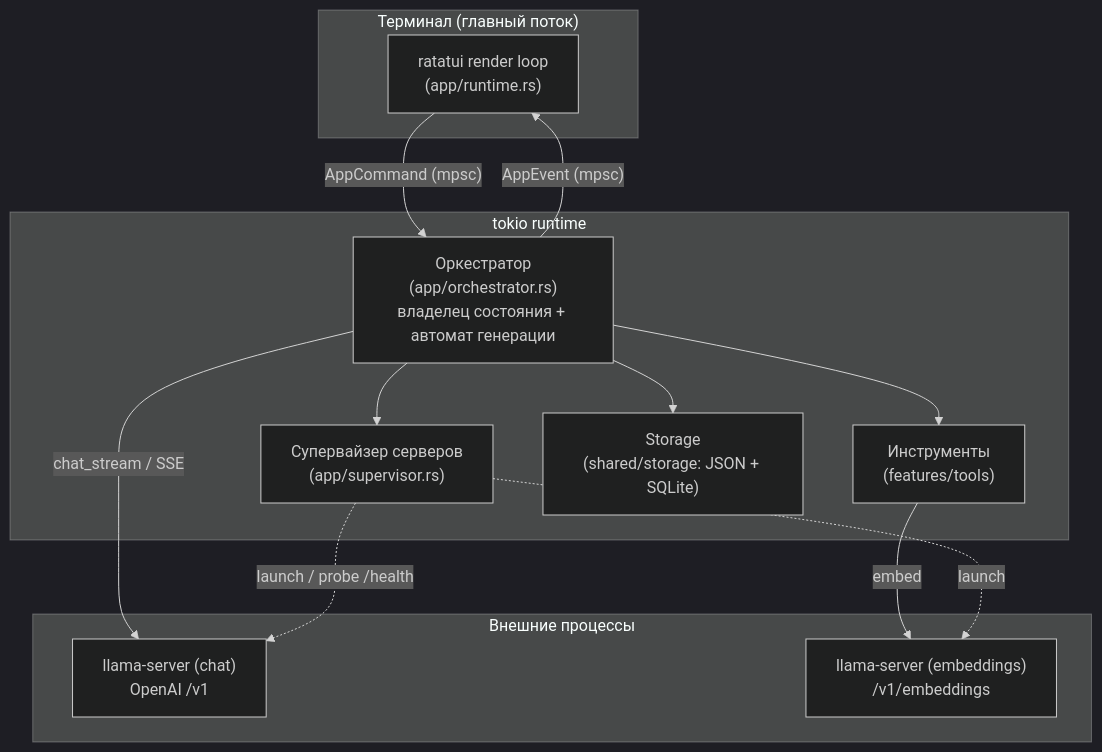
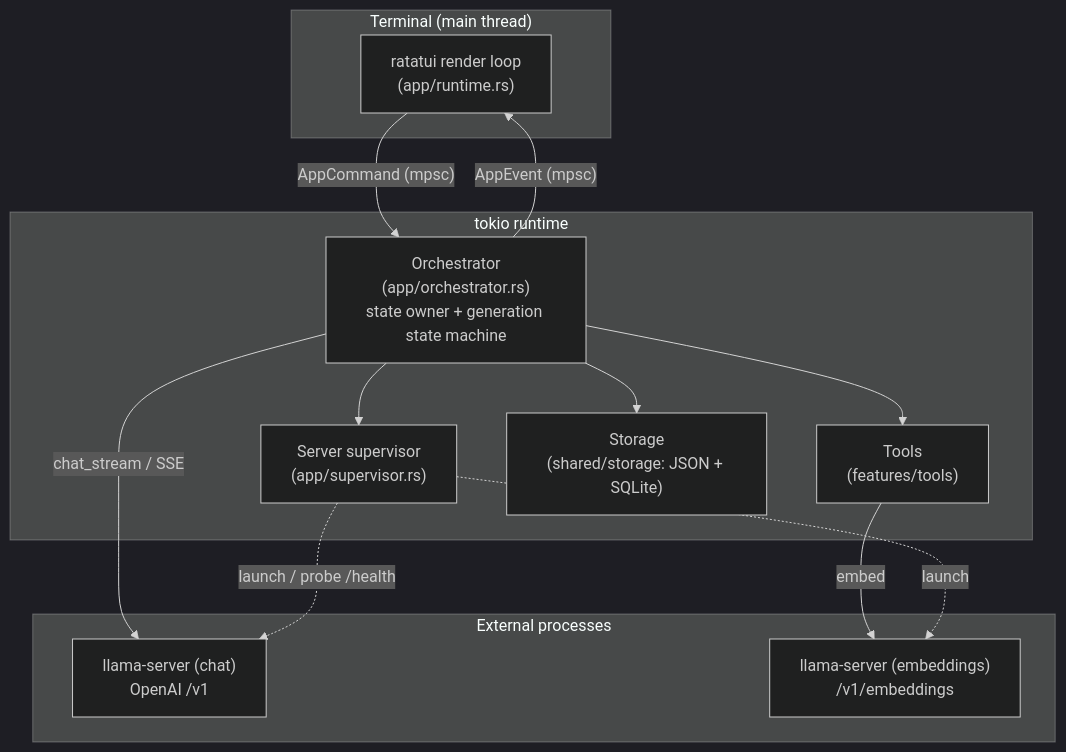
One commit to vshylov/mindfork-rs changed the first of 17 diagrams in docs/architecture.md. Above: the diagram before and after it, drawn with Mermaid (dark theme). The commit also changed other lines of this file and 18 other files, not shown here.

````diff
--- a/docs/architecture.md
+++ b/docs/architecture.md
@@ -51,26 +53,26 @@
 ```mermaid
 flowchart TB
-    subgraph TERM["Терминал (главный поток)"]
+    subgraph TERM["Terminal (main thread)"]
         UI["ratatui render loop<br/>(app/runtime.rs)"]
     end
     subgraph TOKIO["tokio runtime"]
-        ORCH["Оркестратор<br/>(app/orchestrator.rs)<br/>владелец состояния + автомат генерации"]
-        SUP["Супервайзер серверов<br/>(app/supervisor.rs)"]
-        TOOLS["Инструменты<br/>(features/tools)"]
+        ORCH["Orchestrator<br/>(app/orchestrator.rs)<br/>state owner + generation state machine"]
+        SUP["Server supervisor<br/>(app/supervisor.rs)"]
+        TOOLS["Tools<br/>(features/tools)"]
         STORE["Storage<br/>(shared/storage: JSON + SQLite)"]
     end
-    subgraph EXT["Внешние процессы"]
+    subgraph EXT["External processes"]
         LLM["llama-server (chat)<br/>OpenAI /v1"]
         EMB["llama-server (embeddings)<br/>/v1/embeddings"]
     end
 
     UI -- "AppCommand (mpsc)" --> ORCH
     ORCH -- "AppEvent (mpsc)" --> UI
     ORCH -- "chat_stream / SSE" --> LLM
     ORCH --> TOOLS
     TOOLS -- "embed" --> EMB
     ORCH --> STORE
     ORCH --> SUP
     SUP -. "launch / probe /health" .-> LLM
     SUP -. "launch" .-> EMB
 ```
````
